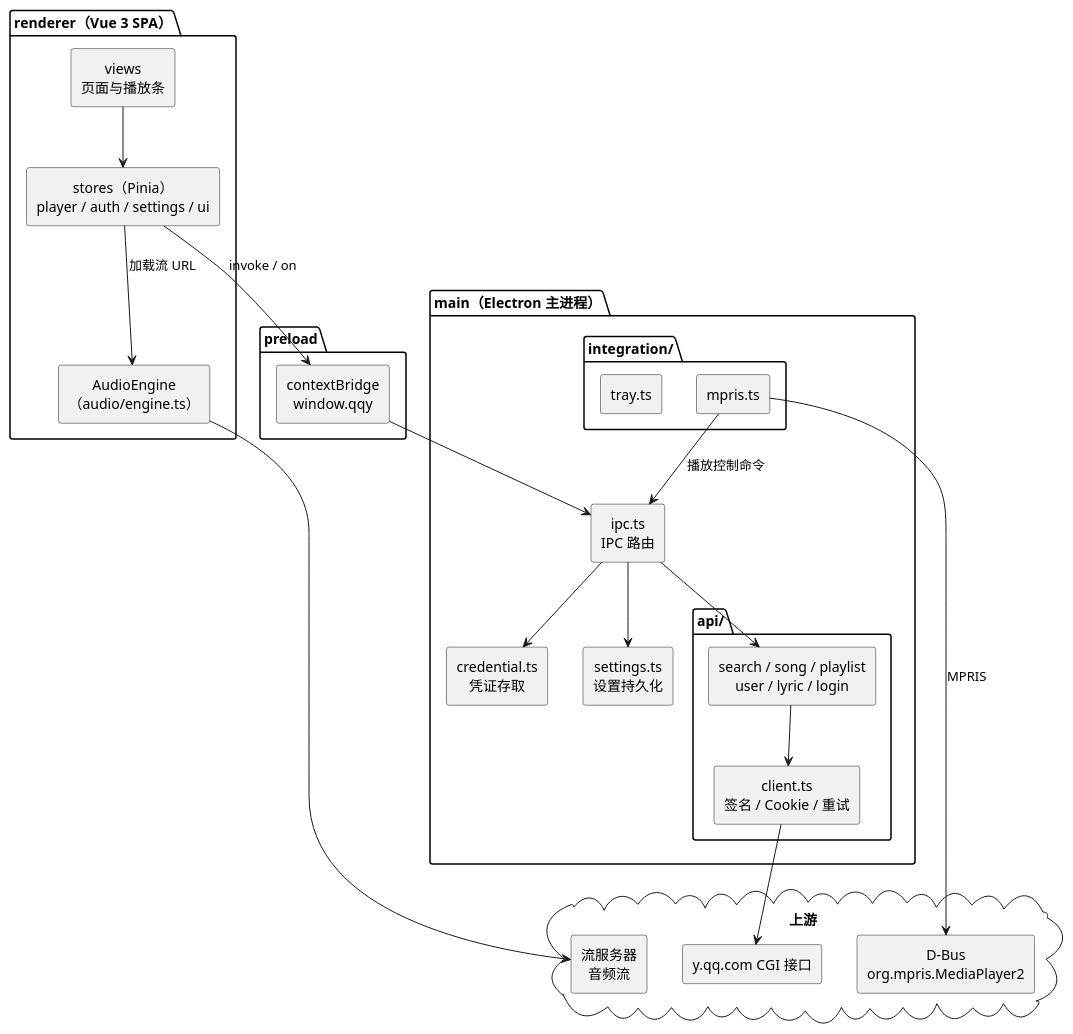
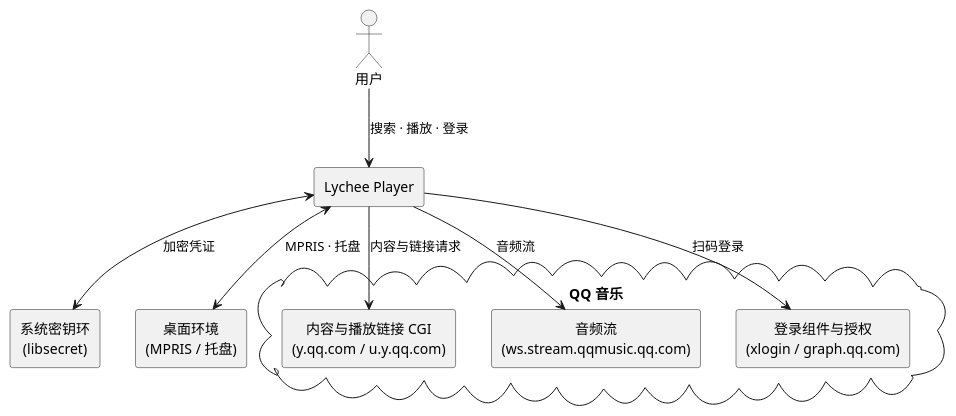
The diagram in diagram/general-architecture.puml (54m43lJ/LycheePlayer), drawn with PlantUML before and after one commit. The commit also changed 18 other files, not shown here.

```diff
--- a/diagram/general-architecture.puml
+++ b/diagram/general-architecture.puml
@@ -1,51 +1,24 @@
 @startuml general-architecture
 skinparam componentStyle rectangle
 skinparam defaultTextAlignment center
 skinparam shadowing false
 
-package "renderer（Vue 3 SPA）" {
-  [views\n页面与播放条] as V
-  [stores（Pinia）\nplayer / auth / settings / ui] as ST
-  [AudioEngine\n（audio/engine.ts）] as AU
+actor "用户" as U
+component "Lychee Player" as APP
+
+cloud "QQ 音乐" {
+  [内容与播放链接 CGI\n(y.qq.com / u.y.qq.com)] as API
+  [音频流\n(ws.stream.qqmusic.qq.com)] as STREAM
+  [登录组件与授权\n(xlogin / graph.qq.com)] as LOGIN
 }
 
-package "preload" {
-  [contextBridge\nwindow.qqy] as PB
-}
+component "系统密钥环\n(libsecret)" as KEYRING
+component "桌面环境\n(MPRIS / 托盘)" as DESKTOP
 
-package "main（Electron 主进程）" {
-  [ipc.ts\nIPC 路由] as IPC
-
-  package "api/" {
-    [client.ts\n签名 / Cookie / 重试] as CL
-    [search / song / playlist\nuser / lyric / login] as EP
-  }
-
-  [credential.ts\n凭证存取] as CR
-  [settings.ts\n设置持久化] as SE
-
-  package "integration/" {
-    [mpris.ts] as MP
-    [tray.ts] as TR
-  }
-}
-
-cloud "上游" {
-  [y.qq.com CGI 接口] as UP1
-  [流服务器\n音频流] as UP2
-  [D-Bus\norg.mpris.MediaPlayer2] as BUS
-}
-
-V --> ST
-ST --> AU : 加载流 URL
-ST --> PB : invoke / on
-PB --> IPC
-IPC --> EP
-IPC --> CR
-IPC --> SE
-MP --> IPC : 播放控制命令
-EP --> CL
-CL --> UP1
-AU --> UP2
-MP --> BUS : MPRIS
+U --> APP : 搜索 · 播放 · 登录
+APP --> API : 内容与链接请求
+APP --> LOGIN : 扫码登录
+APP --> STREAM : 音频流
+APP <--> KEYRING : 加密凭证
+APP <--> DESKTOP : MPRIS · 托盘
 @enduml
```
